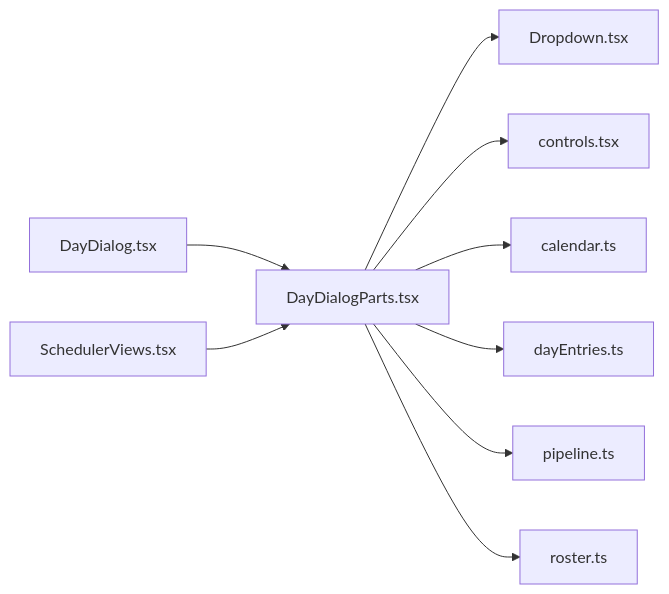
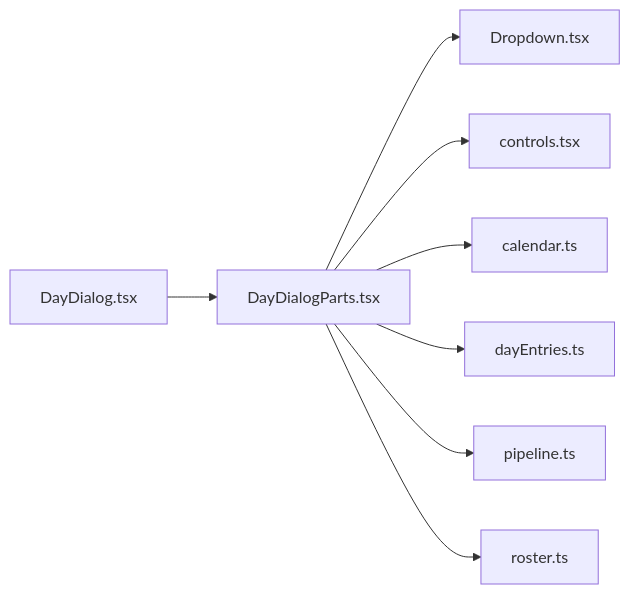
The diagram in .cluedoc/graph/frontend/src/routes/DayDialogParts.md (minkong-dev/Banblit), drawn with Mermaid before and after one commit. The commit also changed other lines of this file and 45 other files, not shown here.

````diff
--- a/.cluedoc/graph/frontend/src/routes/DayDialogParts.md
+++ b/.cluedoc/graph/frontend/src/routes/DayDialogParts.md
@@ -10,12 +10,11 @@
 ```mermaid
 flowchart LR
   frontend_src_routes_DayDialogParts["DayDialogParts.tsx"]
   frontend_src_routes_DayDialogParts --> frontend_src_components_Dropdown["Dropdown.tsx"]
   frontend_src_routes_DayDialogParts --> frontend_src_components_controls["controls.tsx"]
   frontend_src_routes_DayDialogParts --> frontend_src_lib_calendar["calendar.ts"]
   frontend_src_routes_DayDialogParts --> frontend_src_lib_dayEntries["dayEntries.ts"]
   frontend_src_routes_DayDialogParts --> frontend_src_lib_pipeline["pipeline.ts"]
   frontend_src_routes_DayDialogParts --> frontend_src_lib_roster["roster.ts"]
   frontend_src_routes_DayDialog["DayDialog.tsx"] --> frontend_src_routes_DayDialogParts
-  frontend_src_routes_SchedulerViews["SchedulerViews.tsx"] --> frontend_src_routes_DayDialogParts
 ```
````
